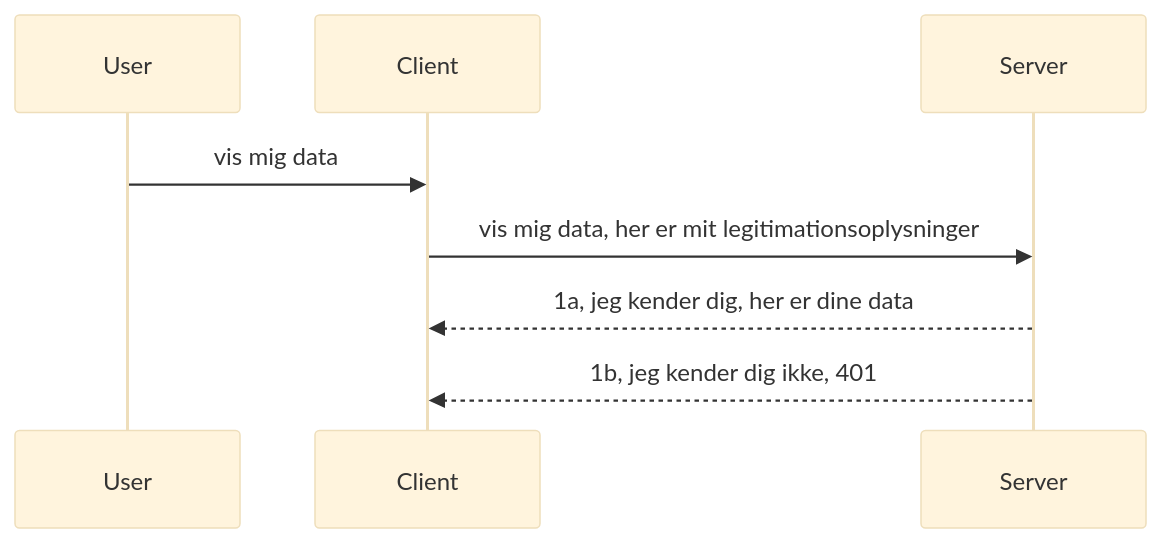
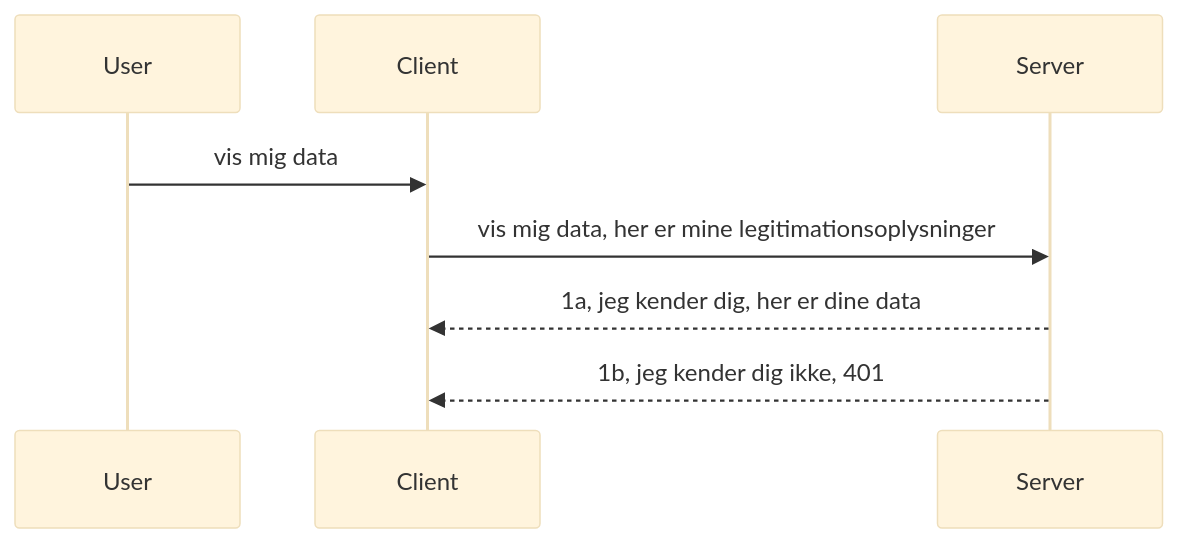
The diagram in mcp_ecosystem__model_context_protocol/mcp_learning_resources/mcp-for-beginners/translations/da/03-GettingStarted/11-simple-auth/README.md (HIDORAKAI002/ai-workspace-archive), drawn with Mermaid (base theme) before and after one commit. The commit also changed other lines of this file and 1160 other files, not shown here.

````diff
--- a/mcp_ecosystem__model_context_protocol/mcp_learning_resources/mcp-for-beginners/translations/da/03-GettingStarted/11-simple-auth/README.md
+++ b/mcp_ecosystem__model_context_protocol/mcp_learning_resources/mcp-for-beginners/translations/da/03-GettingStarted/11-simple-auth/README.md
@@ -24,11 +24,11 @@
 ```mermaid
 sequenceDiagram
    participant User
    participant Client
    participant Server
 
    User->>Client: vis mig data
-   Client->>Server: vis mig data, her er mit legitimationsoplysninger
+   Client->>Server: vis mig data, her er mine legitimationsoplysninger
    Server-->>Client: 1a, jeg kender dig, her er dine data
    Server-->>Client: 1b, jeg kender dig ikke, 401 
 ```
````
